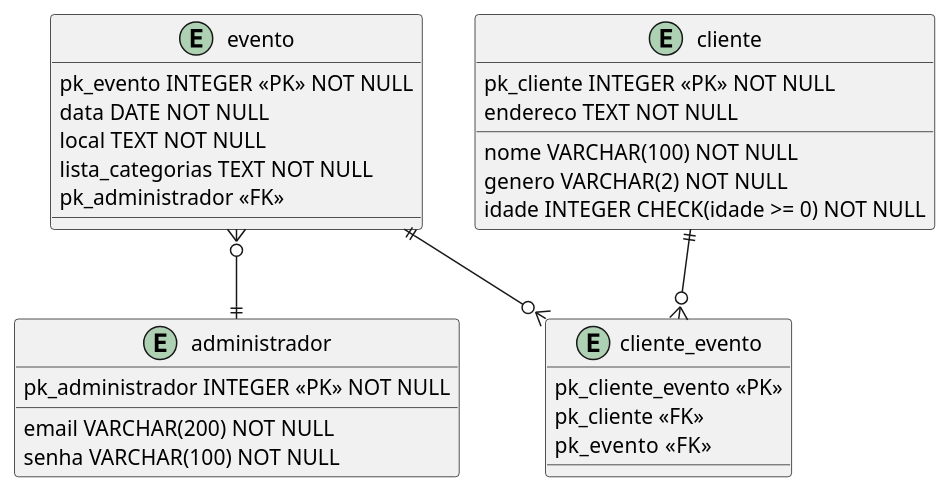
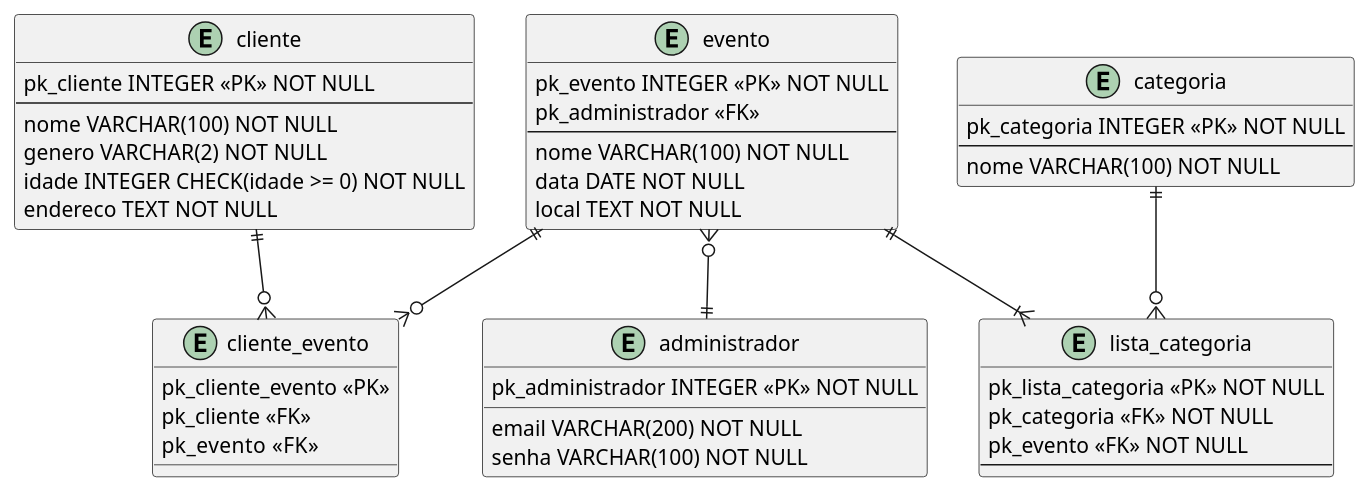
Before and after one commit to galaticghost/NovaGuieqKlarrind: the diagram in modelagem/entregavel2/eventosSociais/eventosSociais.wsd, drawn with PlantUML. The commit also changed 7 other files, not shown here.

```diff
--- a/modelagem/entregavel2/eventosSociais/eventosSociais.wsd
+++ b/modelagem/entregavel2/eventosSociais/eventosSociais.wsd
@@ -1,35 +1,52 @@
 @startuml eventos sociais
 
 entity evento{
     pk_evento INTEGER <<PK>> NOT NULL
+    pk_administrador <<FK>>
+    --
+    nome VARCHAR(100) NOT NULL
     data DATE NOT NULL
     local TEXT NOT NULL
-    lista_categorias TEXT NOT NULL
-    pk_administrador <<FK>>
 }
 
 entity cliente{
     pk_cliente INTEGER <<PK>> NOT NULL
+    --
     nome VARCHAR(100) NOT NULL
     genero VARCHAR(2) NOT NULL
     idade INTEGER CHECK(idade >= 0) NOT NULL
     endereco TEXT NOT NULL
 }
 
 entity administrador{
     pk_administrador INTEGER <<PK>> NOT NULL
     email VARCHAR(200) NOT NULL
     senha VARCHAR(100) NOT NULL
 }
 
 entity cliente_evento{
     pk_cliente_evento <<PK>>
     pk_cliente <<FK>>
     pk_evento  <<FK>>
 }
 
+entity lista_categoria{
+    pk_lista_categoria <<PK>> NOT NULL
+    pk_categoria <<FK>> NOT NULL
+    pk_evento <<FK>> NOT NULL
+    --
+}
+
+entity categoria{
+    pk_categoria INTEGER <<PK>> NOT NULL
+    --
+    nome VARCHAR(100) NOT NULL
+}
+
 cliente ||--o{ cliente_evento
 evento ||--o{ cliente_evento
 evento }o--|| administrador
+categoria ||--o{ lista_categoria
+evento ||--|{ lista_categoria
 
 @enduml
```
